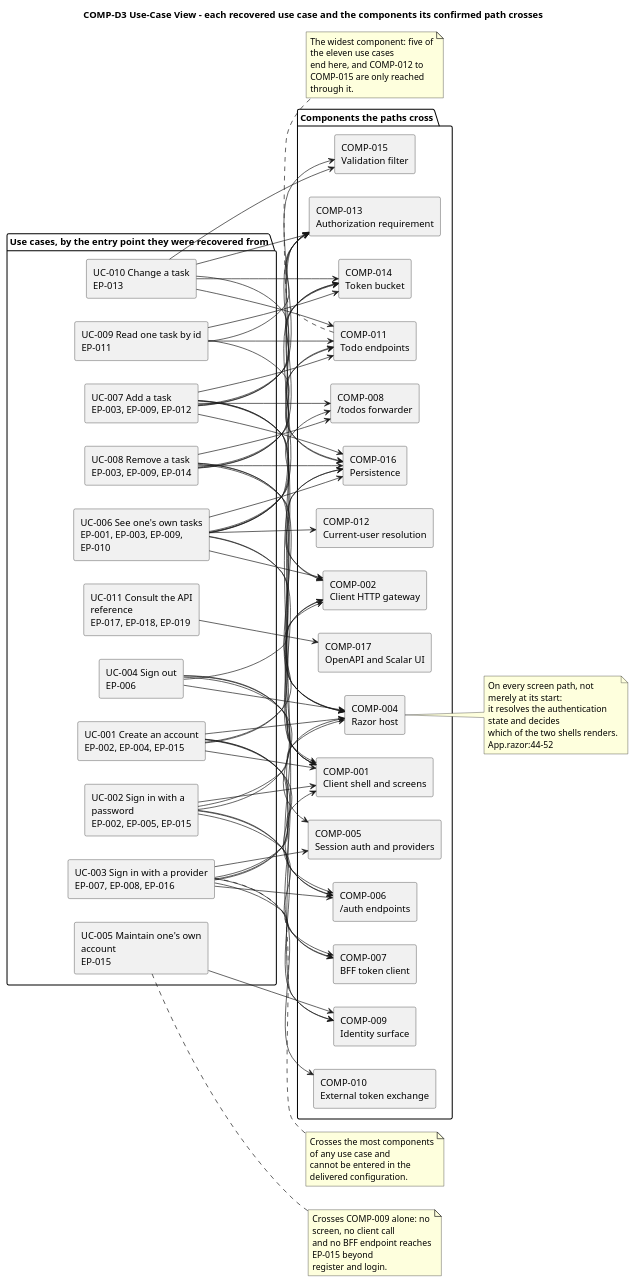
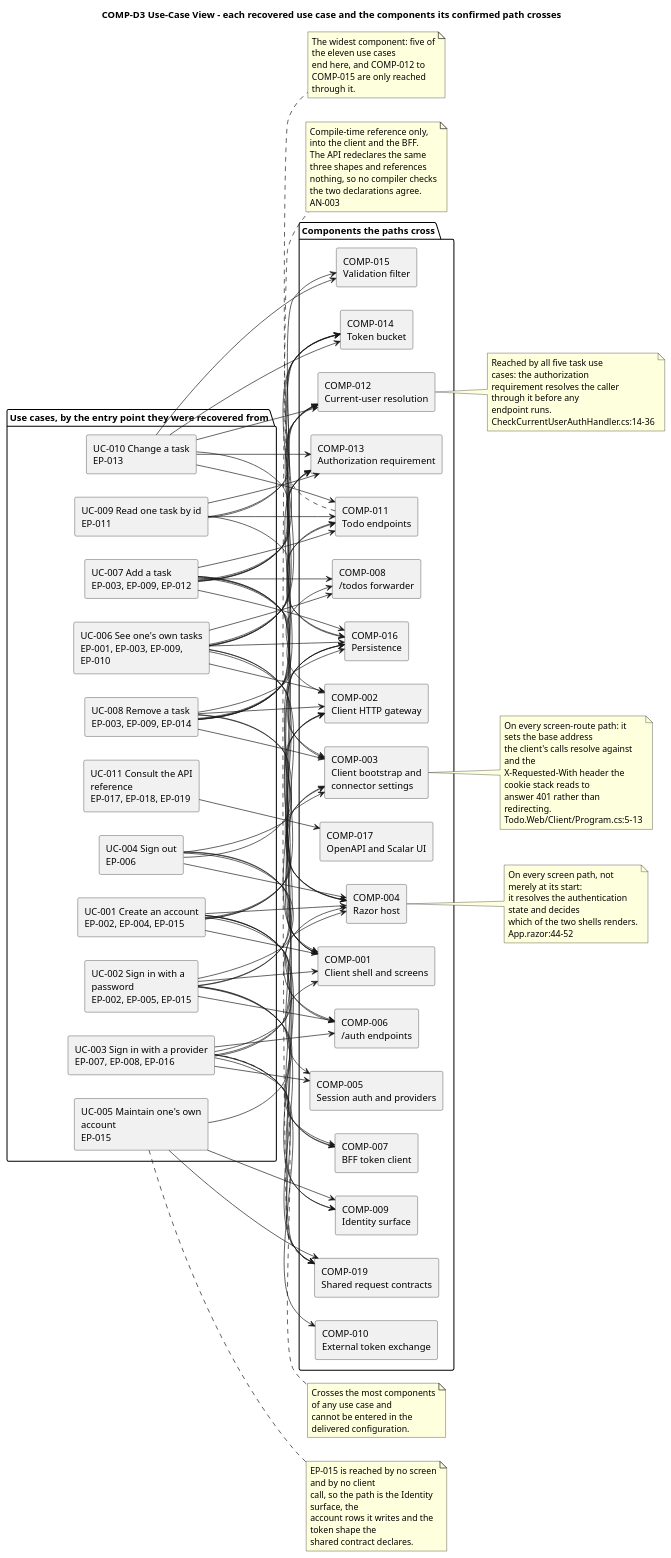
One commit to banense-test/TodoApp changed the second of 8 diagrams in docs/artifacts/analysis---design/software-architecture-document.md. Above: the diagram before and after it, drawn with PlantUML. The commit also changed other lines of this file, not shown here.

First line of the commit message:
Software Architect [Consolidation1]: upsert Software Architecture Document

````diff
--- a/docs/artifacts/analysis---design/software-architecture-document.md
+++ b/docs/artifacts/analysis---design/software-architecture-document.md
@@ -245,6 +246,7 @@
 package "Components the paths cross" {
   component "COMP-001\nClient shell and screens" as C1
   component "COMP-002\nClient HTTP gateway" as C2
+  component "COMP-003\nClient bootstrap and\nconnector settings" as C3
   component "COMP-004\nRazor host" as C4
   component "COMP-005\nSession auth and providers" as C5
   component "COMP-006\n/auth endpoints" as C6
@@ -259,65 +261,81 @@
   component "COMP-015\nValidation filter" as C15
   component "COMP-016\nPersistence" as C16
   component "COMP-017\nOpenAPI and Scalar UI" as C17
+  component "COMP-019\nShared request contracts" as C19
 }
 
 UC1 --> C1
 UC1 --> C2
+UC1 --> C3
 UC1 --> C4
 UC1 --> C6
 UC1 --> C7
 UC1 --> C9
 UC1 --> C16
+UC1 --> C19
 UC2 --> C1
 UC2 --> C2
+UC2 --> C3
 UC2 --> C4
 UC2 --> C6
 UC2 --> C7
 UC2 --> C9
+UC2 --> C19
 UC3 --> C1
 UC3 --> C4
+UC3 --> C5
 UC3 --> C6
-UC3 --> C5
 UC3 --> C7
 UC3 --> C10
 UC3 --> C16
+UC3 --> C19
 UC4 --> C1
 UC4 --> C2
+UC4 --> C3
 UC4 --> C4
+UC4 --> C5
 UC4 --> C6
-UC4 --> C5
 UC5 --> C9
+UC5 --> C16
+UC5 --> C19
 UC6 --> C1
 UC6 --> C2
+UC6 --> C3
 UC6 --> C4
 UC6 --> C8
 UC6 --> C11
+UC6 --> C12
 UC6 --> C13
-UC6 --> C12
 UC6 --> C14
 UC6 --> C16
 UC7 --> C1
 UC7 --> C2
+UC7 --> C3
 UC7 --> C4
 UC7 --> C8
 UC7 --> C11
+UC7 --> C12
 UC7 --> C13
 UC7 --> C14
 UC7 --> C15
 UC7 --> C16
 UC8 --> C1
 UC8 --> C2
+UC8 --> C3
 UC8 --> C4
 UC8 --> C8
 UC8 --> C11
+UC8 --> C12
 UC8 --> C13
 UC8 --> C14
 UC8 --> C16
 UC9 --> C11
+UC9 --> C12
 UC9 --> C13
 UC9 --> C14
 UC9 --> C16
 UC10 --> C11
+UC10 --> C12
 UC10 --> C13
 UC10 --> C14
 UC10 --> C15
@@ -330,9 +348,18 @@
 end note
 
 note right of UC5
-  Crosses COMP-009 alone: no screen, no client call
-  and no BFF endpoint reaches EP-015 beyond
-  register and login.
+  EP-015 is reached by no screen and by no client
+  call, so the path is the Identity surface, the
+  account rows it writes and the token shape the
+  shared contract declares.
+end note
+
+note right of C3
+  On every screen-route path: it sets the base address
+  the client's calls resolve against and the
+  X-Requested-With header the cookie stack reads to
+  answer 401 rather than redirecting.
+  Todo.Web/Client/Program.cs:5-13
 end note
 
 note right of C4
@@ -341,11 +368,24 @@
   which of the two shells renders. App.razor:44-52
 end note
 
+note right of C12
+  Reached by all five task use cases: the authorization
+  requirement resolves the caller through it before any
+  endpoint runs. CheckCurrentUserAuthHandler.cs:14-36
+end note
+
 note bottom of C11
   The widest component: five of the eleven use cases
   end here, and COMP-012 to COMP-015 are only reached
   through it.
 end note
 
+note bottom of C19
+  Compile-time reference only, into the client and the BFF.
+  The API redeclares the same three shapes and references
+  nothing, so no compiler checks the two declarations agree.
+  AN-003
+end note
+
 @enduml
 ```
````
